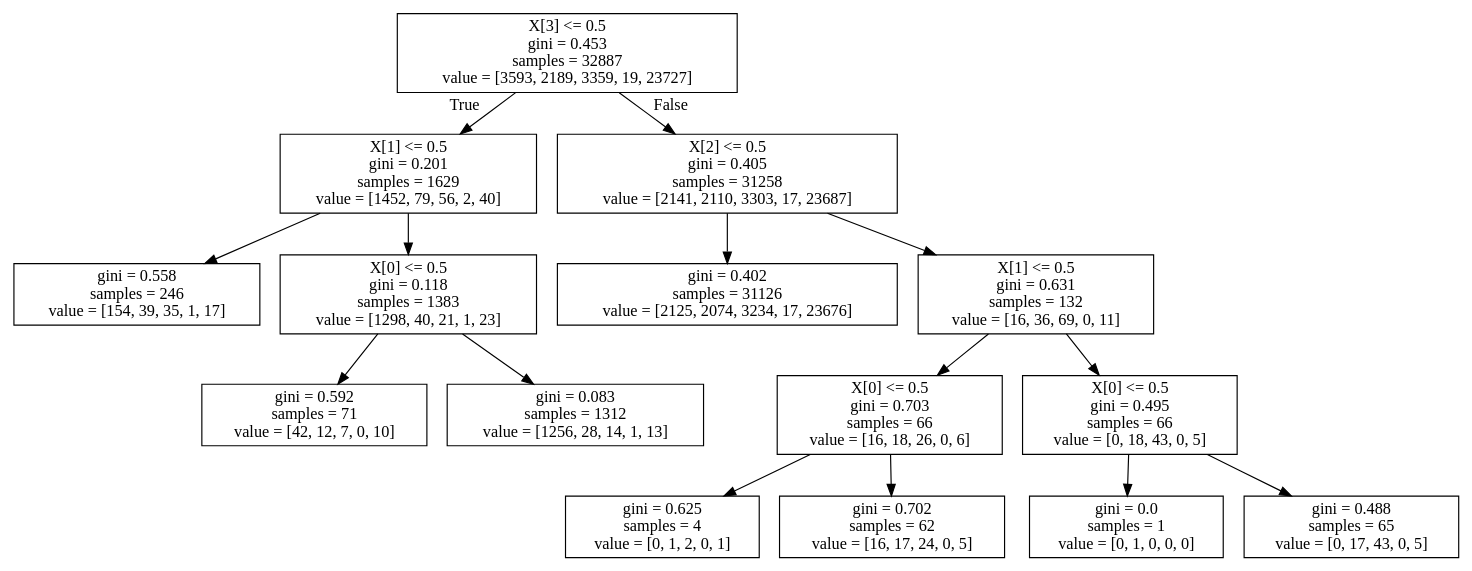
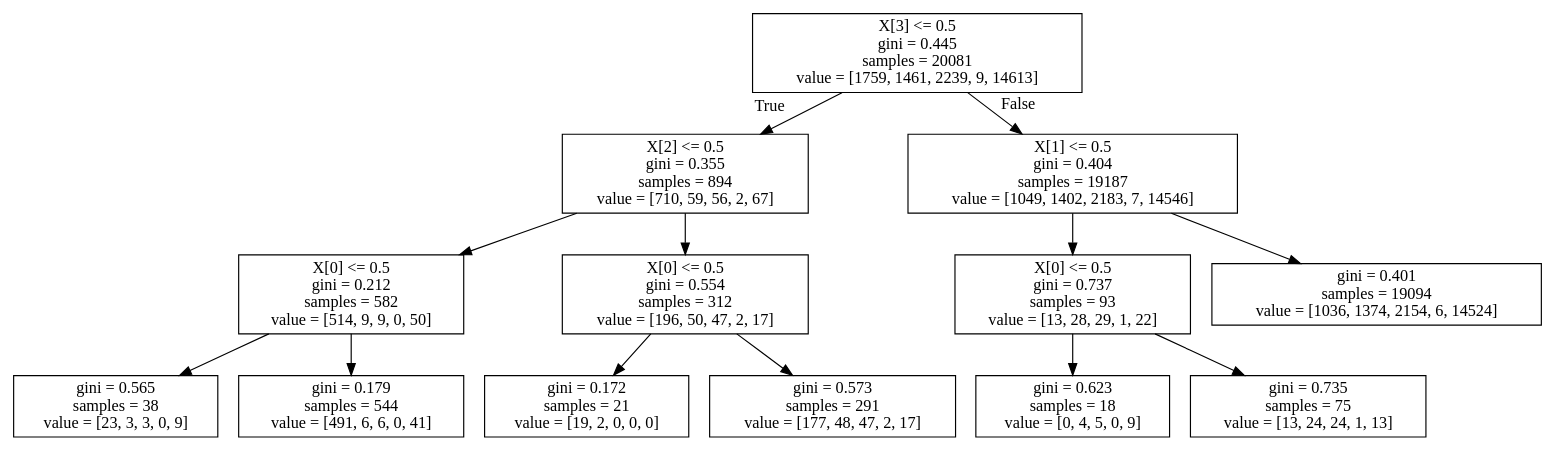
One commit to jesbu1/viper changed the diagram in data/karel/ppo/0000r2+env_task=topOff+max_depth=15+n_batch_rollou=10+max_samples=100000+max_iters=80+train_frac=0.8+is_reweight=False0.750.75/dt_policy.dot. Above: the diagram before and after it, drawn with Graphviz. The commit also changed 17 other files, not shown here.

```diff
--- a/data/karel/ppo/0000r2+env_task=topOff+max_depth=15+n_batch_rollou=10+max_samples=100000+max_iters=80+train_frac=0.8+is_reweight=False0.750.75/dt_policy.dot
+++ b/data/karel/ppo/0000r2+env_task=topOff+max_depth=15+n_batch_rollou=10+max_samples=100000+max_iters=80+train_frac=0.8+is_reweight=False0.750.75/dt_policy.dot
@@ -1,32 +1,28 @@
 digraph Tree {
 node [shape=box] ;
-0 [label="X[3] <= 0.5\ngini = 0.453\nsamples = 32887\nvalue = [3593, 2189, 3359, 19, 23727]"] ;
-1 [label="X[1] <= 0.5\ngini = 0.201\nsamples = 1629\nvalue = [1452, 79, 56, 2, 40]"] ;
+0 [label="X[3] <= 0.5\ngini = 0.445\nsamples = 20081\nvalue = [1759, 1461, 2239, 9, 14613]"] ;
+1 [label="X[2] <= 0.5\ngini = 0.355\nsamples = 894\nvalue = [710, 59, 56, 2, 67]"] ;
 0 -> 1 [labeldistance=2.5, labelangle=45, headlabel="True"] ;
-2 [label="gini = 0.558\nsamples = 246\nvalue = [154, 39, 35, 1, 17]"] ;
+2 [label="X[0] <= 0.5\ngini = 0.212\nsamples = 582\nvalue = [514, 9, 9, 0, 50]"] ;
 1 -> 2 ;
-3 [label="X[0] <= 0.5\ngini = 0.118\nsamples = 1383\nvalue = [1298, 40, 21, 1, 23]"] ;
-1 -> 3 ;
-4 [label="gini = 0.592\nsamples = 71\nvalue = [42, 12, 7, 0, 10]"] ;
-3 -> 4 ;
-5 [label="gini = 0.083\nsamples = 1312\nvalue = [1256, 28, 14, 1, 13]"] ;
-3 -> 5 ;
-6 [label="X[2] <= 0.5\ngini = 0.405\nsamples = 31258\nvalue = [2141, 2110, 3303, 17, 23687]"] ;
-0 -> 6 [labeldistance=2.5, labelangle=-45, headlabel="False"] ;
-7 [label="gini = 0.402\nsamples = 31126\nvalue = [2125, 2074, 3234, 17, 23676]"] ;
-6 -> 7 ;
-8 [label="X[1] <= 0.5\ngini = 0.631\nsamples = 132\nvalue = [16, 36, 69, 0, 11]"] ;
-6 -> 8 ;
-9 [label="X[0] <= 0.5\ngini = 0.703\nsamples = 66\nvalue = [16, 18, 26, 0, 6]"] ;
+3 [label="gini = 0.565\nsamples = 38\nvalue = [23, 3, 3, 0, 9]"] ;
+2 -> 3 ;
+4 [label="gini = 0.179\nsamples = 544\nvalue = [491, 6, 6, 0, 41]"] ;
+2 -> 4 ;
+5 [label="X[0] <= 0.5\ngini = 0.554\nsamples = 312\nvalue = [196, 50, 47, 2, 17]"] ;
+1 -> 5 ;
+6 [label="gini = 0.172\nsamples = 21\nvalue = [19, 2, 0, 0, 0]"] ;
+5 -> 6 ;
+7 [label="gini = 0.573\nsamples = 291\nvalue = [177, 48, 47, 2, 17]"] ;
+5 -> 7 ;
+8 [label="X[1] <= 0.5\ngini = 0.404\nsamples = 19187\nvalue = [1049, 1402, 2183, 7, 14546]"] ;
+0 -> 8 [labeldistance=2.5, labelangle=-45, headlabel="False"] ;
+9 [label="X[0] <= 0.5\ngini = 0.737\nsamples = 93\nvalue = [13, 28, 29, 1, 22]"] ;
 8 -> 9 ;
-10 [label="gini = 0.625\nsamples = 4\nvalue = [0, 1, 2, 0, 1]"] ;
+10 [label="gini = 0.623\nsamples = 18\nvalue = [0, 4, 5, 0, 9]"] ;
 9 -> 10 ;
-11 [label="gini = 0.702\nsamples = 62\nvalue = [16, 17, 24, 0, 5]"] ;
+11 [label="gini = 0.735\nsamples = 75\nvalue = [13, 24, 24, 1, 13]"] ;
 9 -> 11 ;
-12 [label="X[0] <= 0.5\ngini = 0.495\nsamples = 66\nvalue = [0, 18, 43, 0, 5]"] ;
+12 [label="gini = 0.401\nsamples = 19094\nvalue = [1036, 1374, 2154, 6, 14524]"] ;
 8 -> 12 ;
-13 [label="gini = 0.0\nsamples = 1\nvalue = [0, 1, 0, 0, 0]"] ;
-12 -> 13 ;
-14 [label="gini = 0.488\nsamples = 65\nvalue = [0, 17, 43, 0, 5]"] ;
-12 -> 14 ;
 }
```
